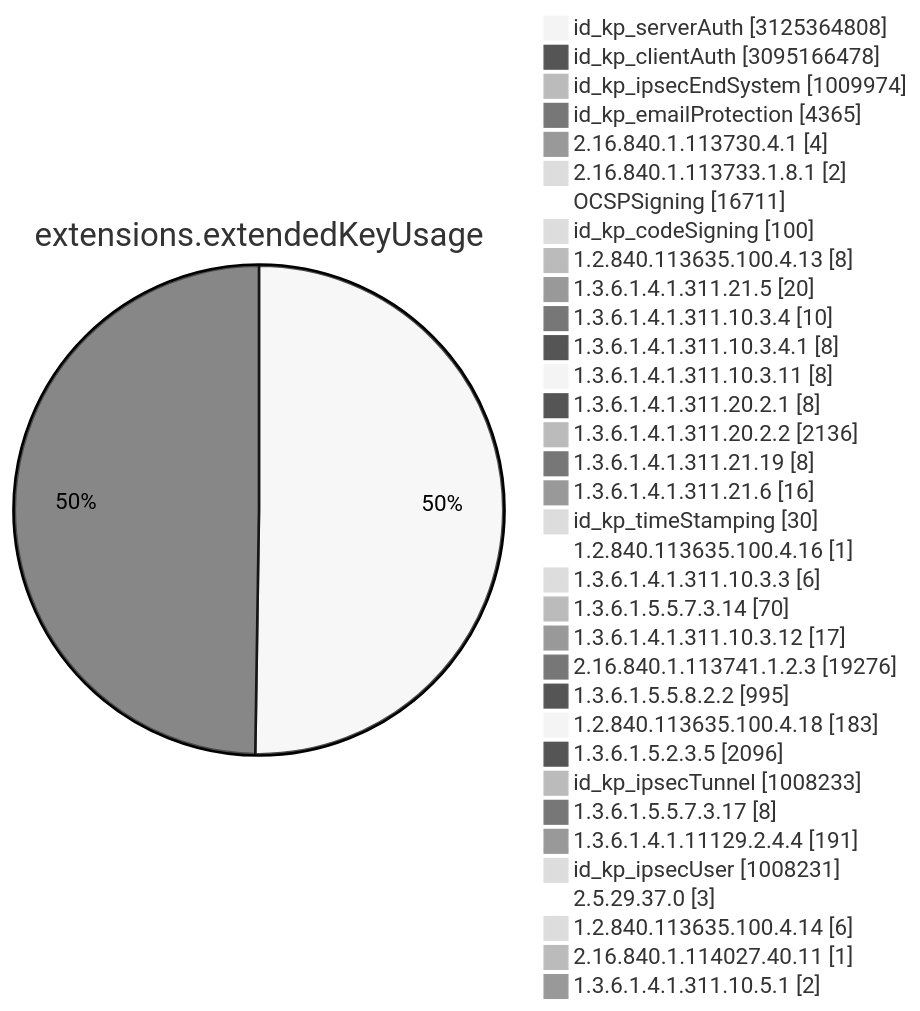
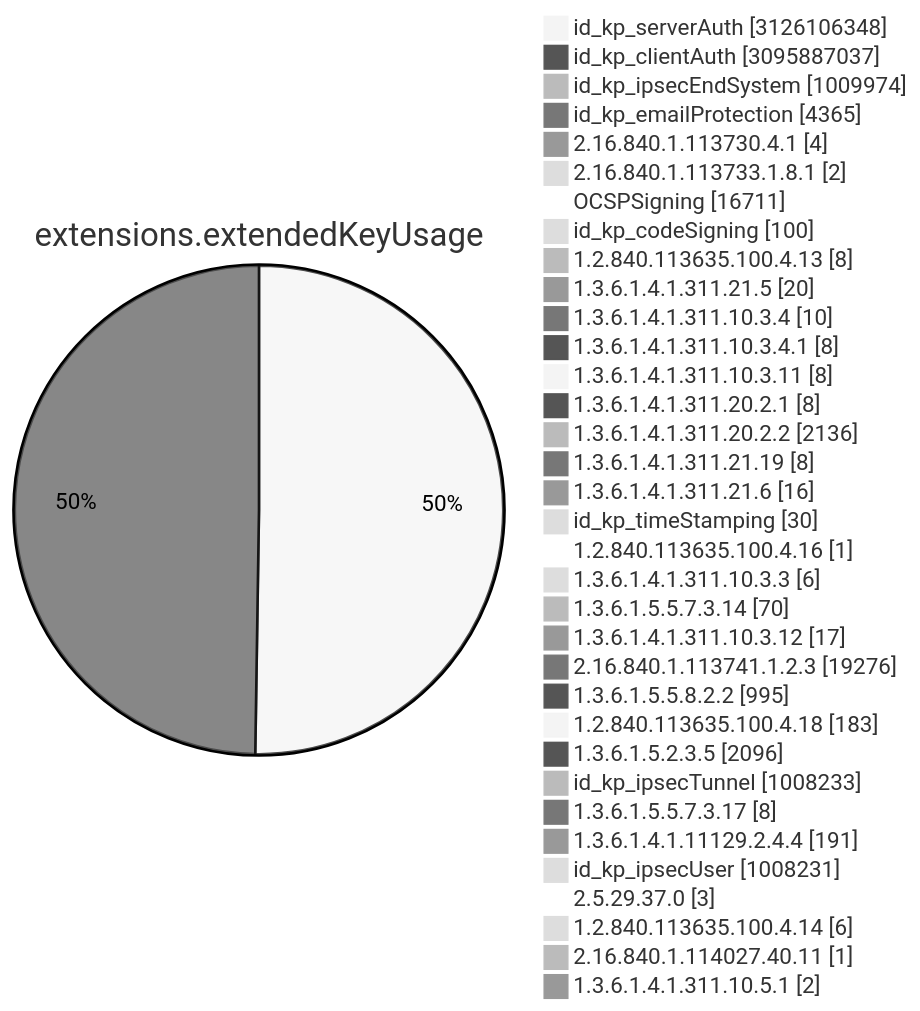
Before and after one commit to christiankrug/ctmonitor_visualization: diagram 11 of 15 in TOTAL/README.md, drawn with Mermaid (neutral theme). The commit also changed other lines of this file, not shown here.

````diff
--- a/TOTAL/README.md
+++ b/TOTAL/README.md
@@ -4117,38 +4117,38 @@
 ```mermaid
 pie showData
 title extensions.extendedKeyUsage
-"id_kp_serverAuth" :3125364808
-"id_kp_clientAuth" :3095166478
+"id_kp_serverAuth" :3126106348
+"id_kp_clientAuth" :3095887037
 "id_kp_ipsecEndSystem" :1009974
 "id_kp_emailProtection" :4365
 "2.16.840.1.113730.4.1" :4
 "2.16.840.1.113733.1.8.1" :2
 "OCSPSigning" :16711
 "id_kp_codeSigning" :100
 "1.2.840.113635.100.4.13" :8
 "1.3.6.1.4.1.311.21.5" :20
 "1.3.6.1.4.1.311.10.3.4" :10
 "1.3.6.1.4.1.311.10.3.4.1" :8
 "1.3.6.1.4.1.311.10.3.11" :8
 "1.3.6.1.4.1.311.20.2.1" :8
 "1.3.6.1.4.1.311.20.2.2" :2136
 "1.3.6.1.4.1.311.21.19" :8
 "1.3.6.1.4.1.311.21.6" :16
 "id_kp_timeStamping" :30
 "1.2.840.113635.100.4.16" :1
 "1.3.6.1.4.1.311.10.3.3" :6
 "1.3.6.1.5.5.7.3.14" :70
 "1.3.6.1.4.1.311.10.3.12" :17
 "2.16.840.1.113741.1.2.3" :19276
 "1.3.6.1.5.5.8.2.2" :995
 "1.2.840.113635.100.4.18" :183
 "1.3.6.1.5.2.3.5" :2096
 "id_kp_ipsecTunnel" :1008233
 "1.3.6.1.5.5.7.3.17" :8
 "1.3.6.1.4.1.11129.2.4.4" :191
 "id_kp_ipsecUser" :1008231
 "2.5.29.37.0" :3
 "1.2.840.113635.100.4.14" :6
 "2.16.840.1.114027.40.11" :1
 "1.3.6.1.4.1.311.10.5.1" :2
 ```
````
